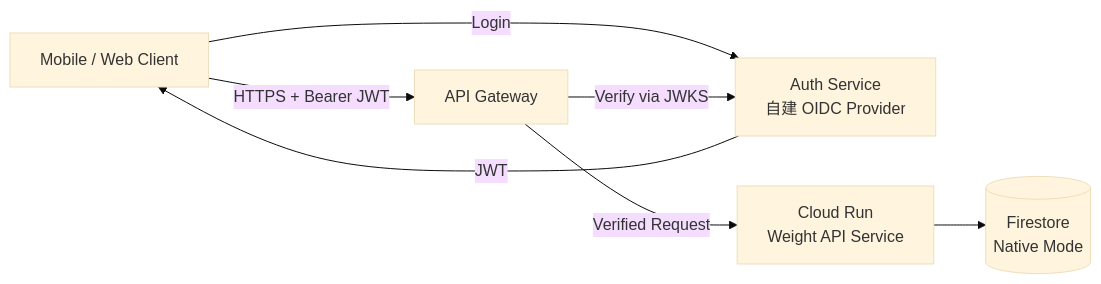
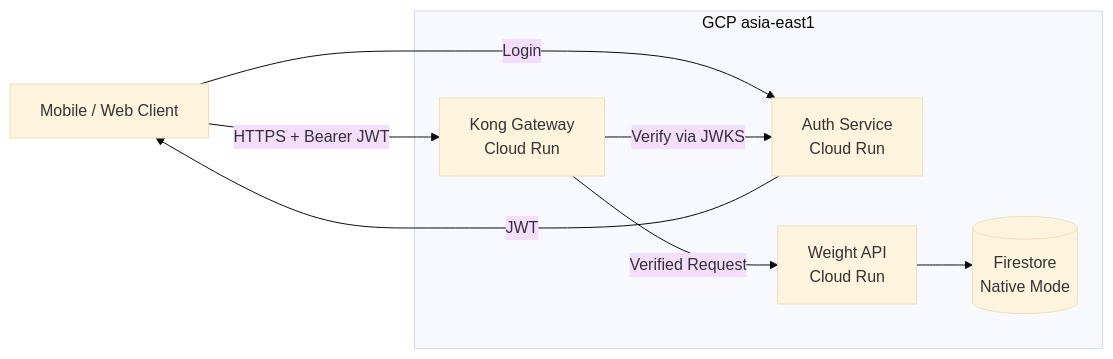
Before and after one commit to ap9035/baby_weight_recorder: the first of 11 diagrams in docs/baby_weight_recorder-spec.md, drawn with Mermaid (base theme). The commit also changed other lines of this file and 12 other files, not shown here.

First line of the commit message:
refactor: 改用 Kong Gateway 替代 GCP API Gateway

````diff
--- a/docs/baby_weight_recorder-spec.md
+++ b/docs/baby_weight_recorder-spec.md
@@ -172,18 +172,26 @@
 ```mermaid
 flowchart LR
     Client[Mobile / Web Client]
     Auth[Auth Service
-自建 OIDC Provider]
-    GW[API Gateway]
-    CR[Cloud Run
-Weight API Service]
+Cloud Run]
+    Kong[Kong Gateway
+Cloud Run]
+    CR[Weight API
+Cloud Run]
     DB[(Firestore
 Native Mode)]
 
     Client -->|Login| Auth
     Auth -->|JWT| Client
-    Client -->|HTTPS + Bearer JWT| GW
-    GW -->|Verify via JWKS| Auth
-    GW -->|Verified Request| CR
+    Client -->|HTTPS + Bearer JWT| Kong
+    Kong -->|Verify via JWKS| Auth
+    Kong -->|Verified Request| CR
     CR --> DB
+
+    subgraph GCP asia-east1
+        Auth
+        Kong
+        CR
+        DB
+    end
 ```
````
